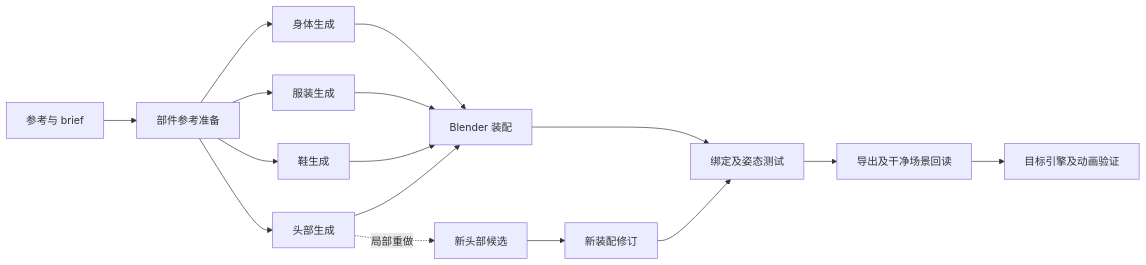
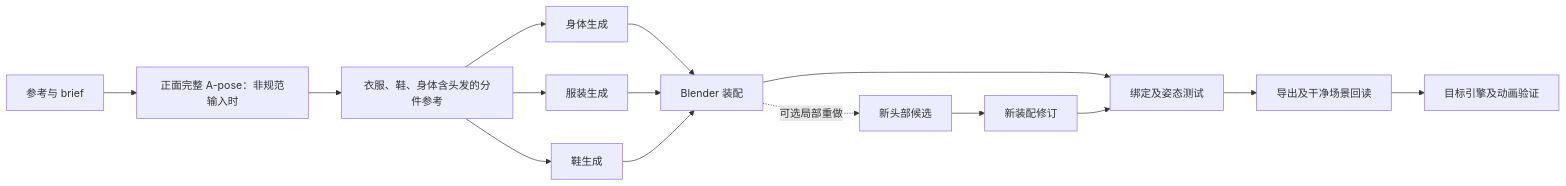
The diagram in docs/character-pipeline.md (PatrickWangUESTC/agents), drawn with Mermaid before and after one commit. The commit also changed other lines of this file and 15 other files, not shown here.

````diff
--- a/docs/character-pipeline.md
+++ b/docs/character-pipeline.md
@@ -7,18 +7,17 @@
 ```mermaid
 flowchart LR
-    R[参考与 brief] --> P[部件参考准备]
+    R[参考与 brief] --> N[正面完整 A-pose：非规范输入时]
+    N --> P[衣服、鞋、身体含头发的分件参考]
     P --> B[身体生成]
     P --> C[服装生成]
     P --> S[鞋生成]
-    P --> H[头部生成]
     B --> A[Blender 装配]
     C --> A
     S --> A
-    H --> A
-    H -. 局部重做 .-> H2[新头部候选]
+    A -. 可选局部重做 .-> H2[新头部候选]
     H2 --> A2[新装配修订]
     A --> G[绑定及姿态测试]
     A2 --> G
     G --> E[导出及干净场景回读]
     E --> V[目标引擎及动画验证]
 ```
````
